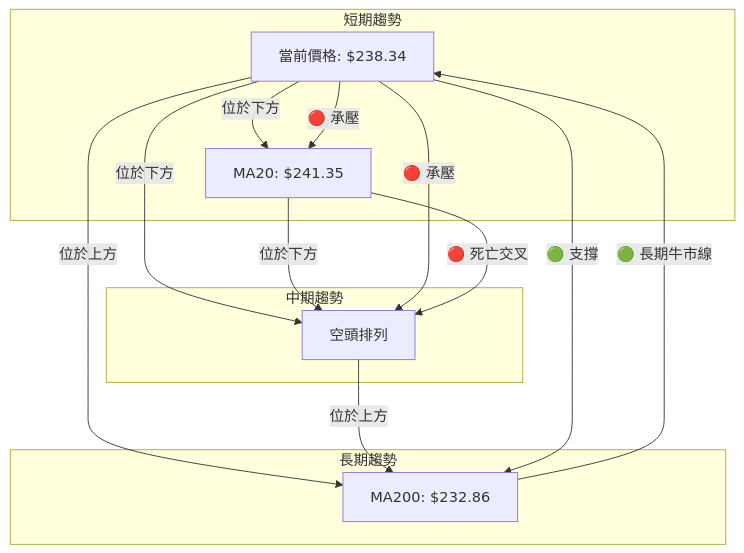
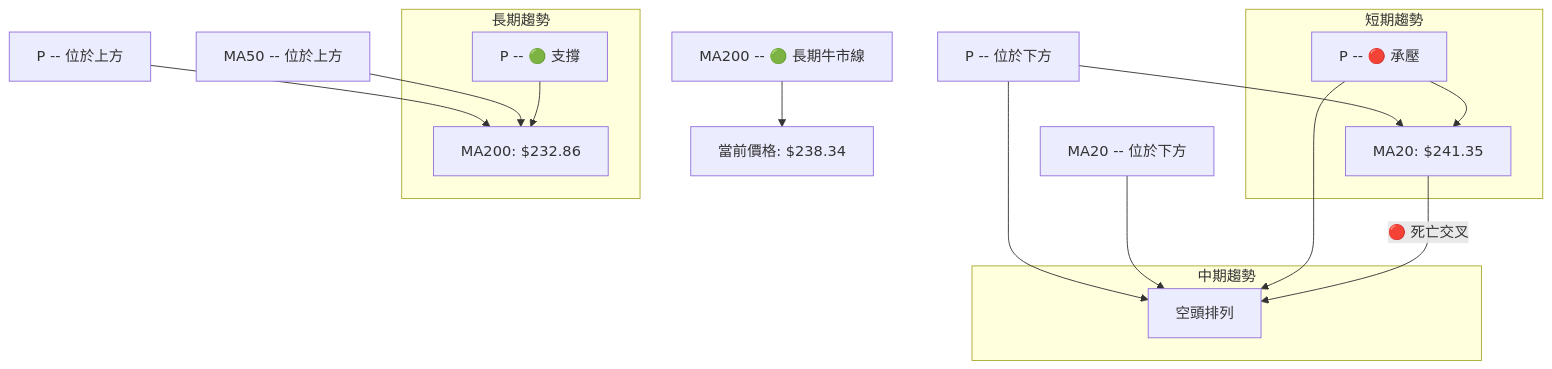
One commit to yennanliu/finance_data changed the sixth of 11 diagrams in ai_gen_report/stock/amzn/technical_analysis_2026-06-30_gemini.md. Above: the diagram before and after it, drawn with Mermaid. The commit also changed other lines of this file and 2258 other files, not shown here.

First line of the commit message:
chore: backfill Mermaid syntax repair across existing reports

````diff
--- a/ai_gen_report/stock/amzn/technical_analysis_2026-06-30_gemini.md
+++ b/ai_gen_report/stock/amzn/technical_analysis_2026-06-30_gemini.md
@@ -484,27 +484,27 @@
 ```mermaid
 graph TD
-    P[當前價格: $238.34]
-    MA20[MA20: $241.35]
-    MA50[MA50: $255.69]
-    MA200[MA200: $232.86]
+    P["當前價格: $238.34"]
+    MA20["MA20: $241.35"]
+    MA50["MA50: $255.69"]
+    MA200["MA200: $232.86"]
 
-    P -- 位於下方 --> MA20
-    P -- 位於下方 --> MA50
-    P -- 位於上方 --> MA200
+    nb1["P -- 位於下方"] --> MA20
+    nb1["P -- 位於下方"] --> MA50
+    nb2["P -- 位於上方"] --> MA200
 
-    MA20 -- 位於下方 --> MA50
-    MA50 -- 位於上方 --> MA200
+    nb3["MA20 -- 位於下方"] --> MA50
+    nb4["MA50 -- 位於上方"] --> MA200
 
     subgraph 短期趨勢
-        P -- 🔴 承壓 --> MA20
+        nb5["P -- 🔴 承壓"] --> MA20
     end
     subgraph 中期趨勢
-        P -- 🔴 承壓 --> MA50
+        nb5["P -- 🔴 承壓"] --> MA50
     end
     subgraph 長期趨勢
-        P -- 🟢 支撐 --> MA200
+        nb6["P -- 🟢 支撐"] --> MA200
     end
 
-    MA20 -- 🔴 死亡交叉 --> MA50[空頭排列]
-    MA200 -- 🟢 長期牛市線 --> P
+    MA20 -- 🔴 死亡交叉 --> MA50["空頭排列"]
+    nb7["MA200 -- 🟢 長期牛市線"] --> P
 ```
````
